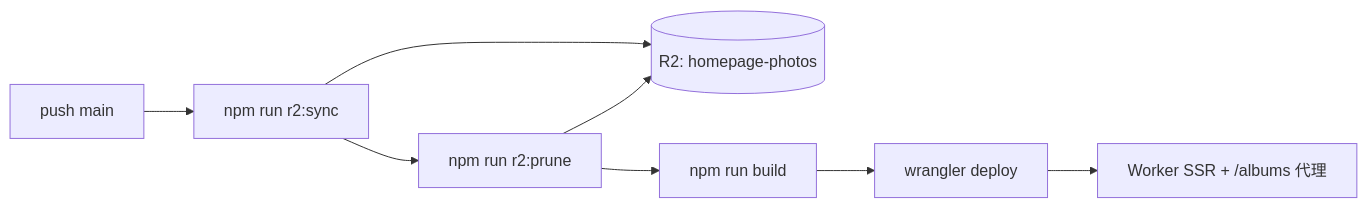
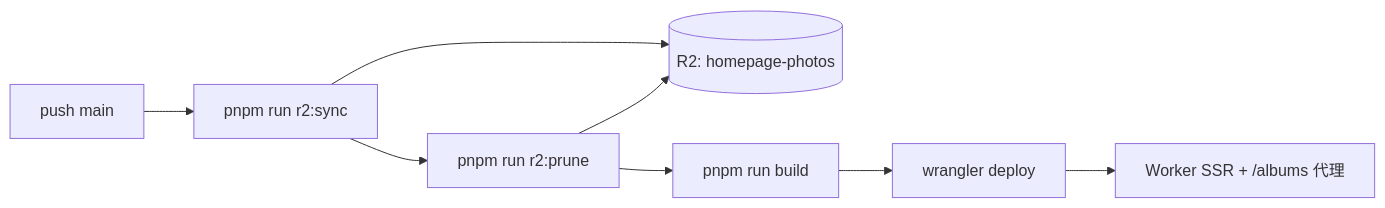
The diagram in docs/workflow.md (zhanghaocong/homepage), drawn with Mermaid before and after one commit. The commit also changed other lines of this file and 59 other files, not shown here.

````diff
--- a/docs/workflow.md
+++ b/docs/workflow.md
@@ -171,10 +175,10 @@
 ```mermaid
 flowchart LR
-  Push[push main] --> Sync["npm run r2:sync"]
+  Push[push main] --> Sync["pnpm run r2:sync"]
   Sync --> R2[(R2: homepage-photos)]
-  Sync --> Prune["npm run r2:prune"]
+  Sync --> Prune["pnpm run r2:prune"]
   Prune --> R2
-  Prune --> Build["npm run build"]
+  Prune --> Build["pnpm run build"]
   Build --> Deploy["wrangler deploy"]
   Deploy --> Worker[Worker SSR + /albums 代理]
 ```
````
